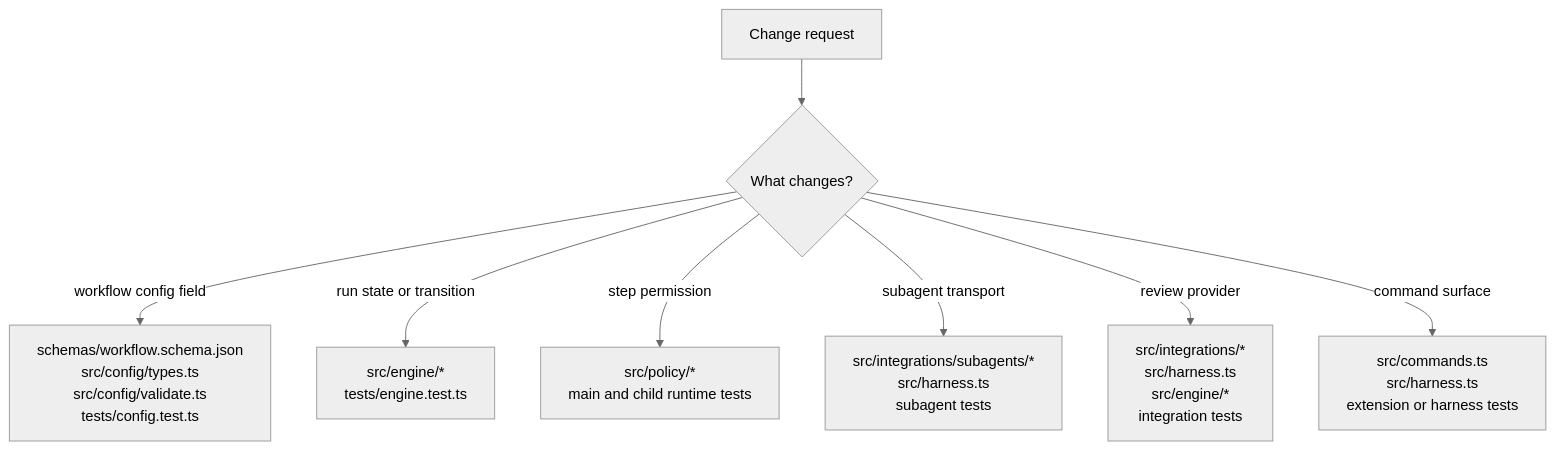
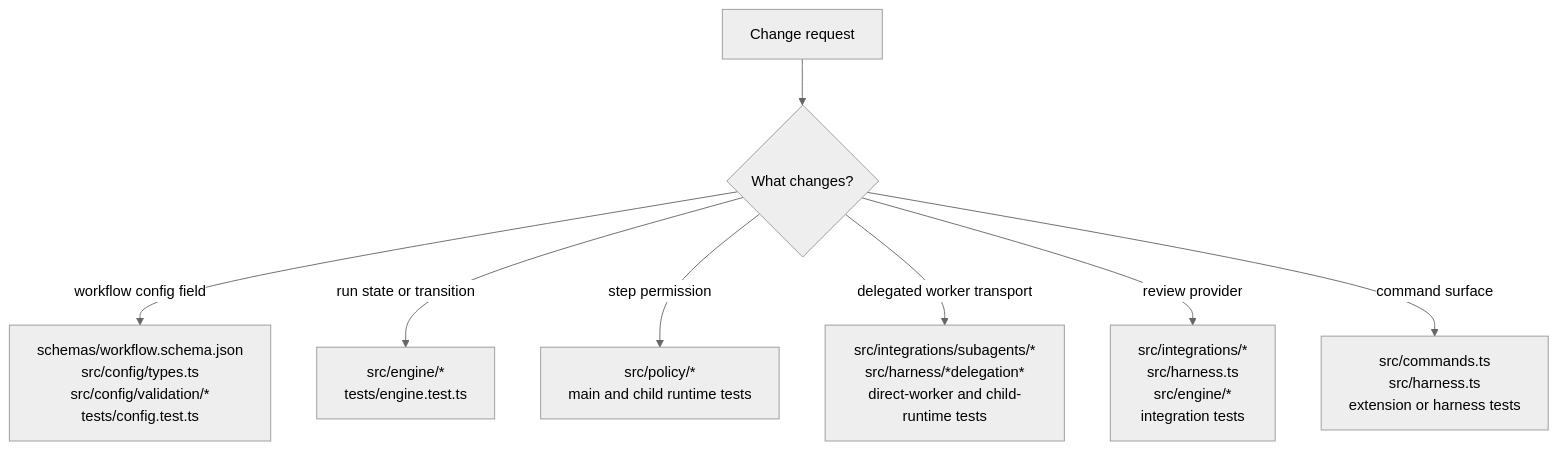
Before and after one commit to wichayutdew/pi-workflows: the third of 5 diagrams in openwiki/development/testing.md, drawn with Mermaid (neutral theme). The commit also changed other lines of this file and 16 other files, not shown here.

````diff
--- a/openwiki/development/testing.md
+++ b/openwiki/development/testing.md
@@ -45,10 +45,10 @@
 ```mermaid
 flowchart TD
   Change[Change request] --> Kind{What changes?}
-  Kind -- workflow config field --> Config[schemas/workflow.schema.json<br/>src/config/types.ts<br/>src/config/validate.ts<br/>tests/config.test.ts]
+  Kind -- workflow config field --> Config[schemas/workflow.schema.json<br/>src/config/types.ts<br/>src/config/validation/*<br/>tests/config.test.ts]
   Kind -- run state or transition --> Engine[src/engine/*<br/>tests/engine.test.ts]
   Kind -- step permission --> Policy[src/policy/*<br/>main and child runtime tests]
-  Kind -- subagent transport --> Subagent[src/integrations/subagents/*<br/>src/harness.ts<br/>subagent tests]
+  Kind -- delegated worker transport --> Subagent[src/integrations/subagents/*<br/>src/harness/*delegation*<br/>direct-worker and child-runtime tests]
   Kind -- review provider --> Review[src/integrations/*<br/>src/harness.ts<br/>src/engine/*<br/>integration tests]
   Kind -- command surface --> Commands[src/commands.ts<br/>src/harness.ts<br/>extension or harness tests]
 ```
````
